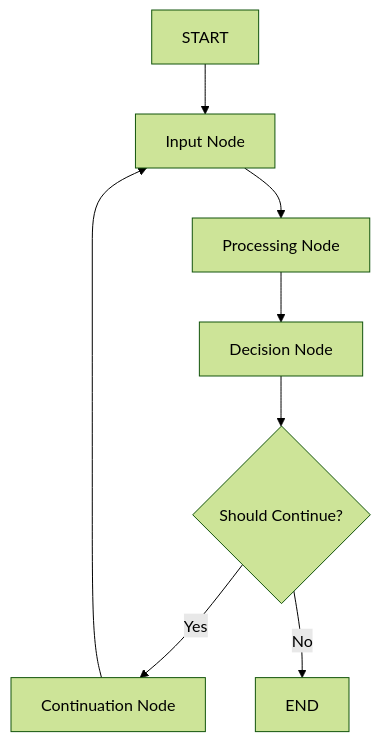
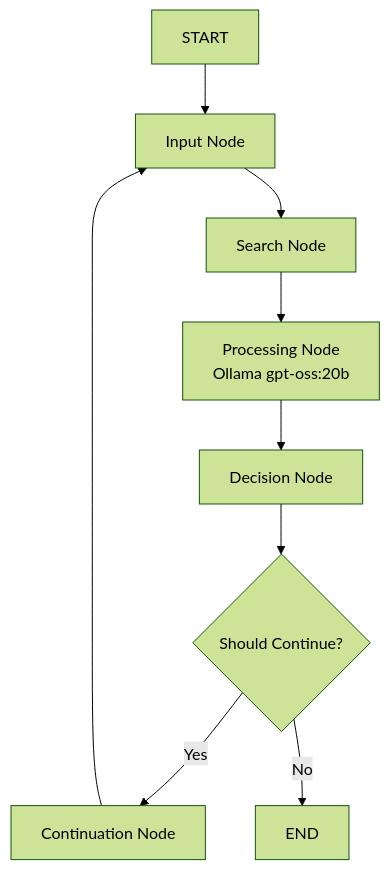
The diagram in README.md (1neoneo3/langgraph-ollama-workflow), drawn with Mermaid (forest theme) before and after one commit. The commit also changed other lines of this file, not shown here.

First line of the commit message:
Update README to reflect current Ollama + psearch implementation

````diff
--- a/README.md
+++ b/README.md
@@ -98,10 +128,11 @@
 ```mermaid
 graph TD
     A[START] --> B[Input Node]
-    B --> C[Processing Node]
-    C --> D[Decision Node]
-    D --> E{Should Continue?}
-    E -->|Yes| F[Continuation Node]
-    E -->|No| G[END]
-    F --> B
+    B --> C[Search Node]
+    C --> D[Processing Node<br/>Ollama gpt-oss:20b]
+    D --> E[Decision Node]
+    E --> F{Should Continue?}
+    F -->|Yes| G[Continuation Node]
+    F -->|No| H[END]
+    G --> B
 ```
````
